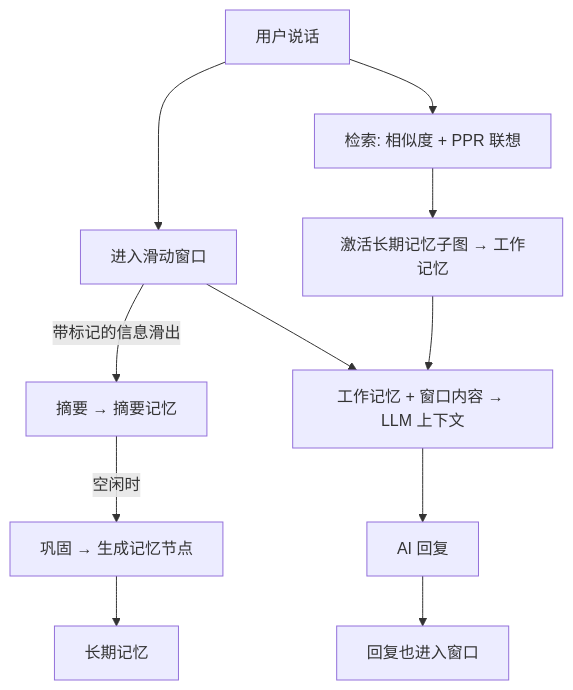
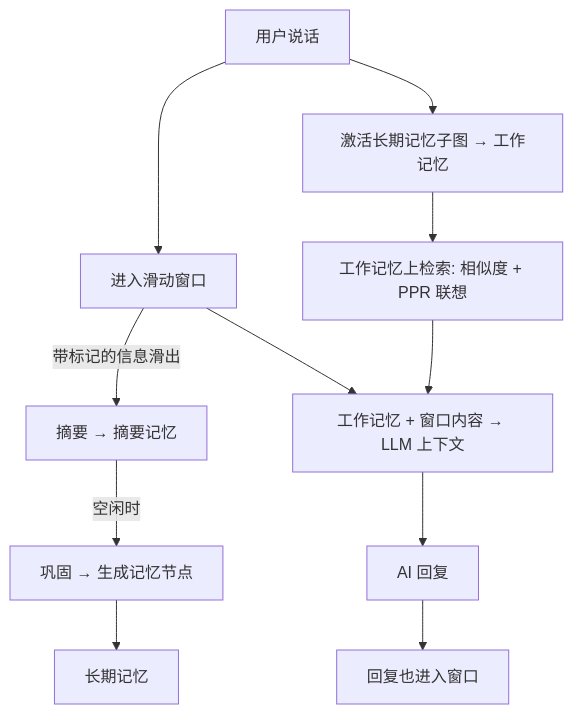
Before and after one commit to dynamder/Soulmem: the second of 2 diagrams in book/src/concepts/memory-layers.md, drawn with Mermaid. The commit also changed other lines of this file, not shown here.

Commit message:
docs(book): 修正检索执行位置描述（检索主体在工作记忆，仅第一步从长期记忆激活）

````diff
--- a/book/src/concepts/memory-layers.md
+++ b/book/src/concepts/memory-layers.md
@@ -97,13 +97,13 @@
 ```mermaid
 graph TB
     U[用户说话] --> W[进入滑动窗口]
     W -->|带标记的信息滑出| S[摘要 → 摘要记忆]
     S -->|空闲时| C[巩固 → 生成记忆节点]
     C --> L[长期记忆]
-    U[用户说话] --> R[检索: 相似度 + PPR 联想]
-    R --> A[激活长期记忆子图 → 工作记忆]
-    A --> CTX[工作记忆 + 窗口内容 → LLM 上下文]
+    U[用户说话] --> A[激活长期记忆子图 → 工作记忆]
+    A --> R[工作记忆上检索: 相似度 + PPR 联想]
+    R --> CTX[工作记忆 + 窗口内容 → LLM 上下文]
     W --> CTX
     CTX --> AI[AI 回复]
     AI --> W2[回复也进入窗口]
 ```
````
